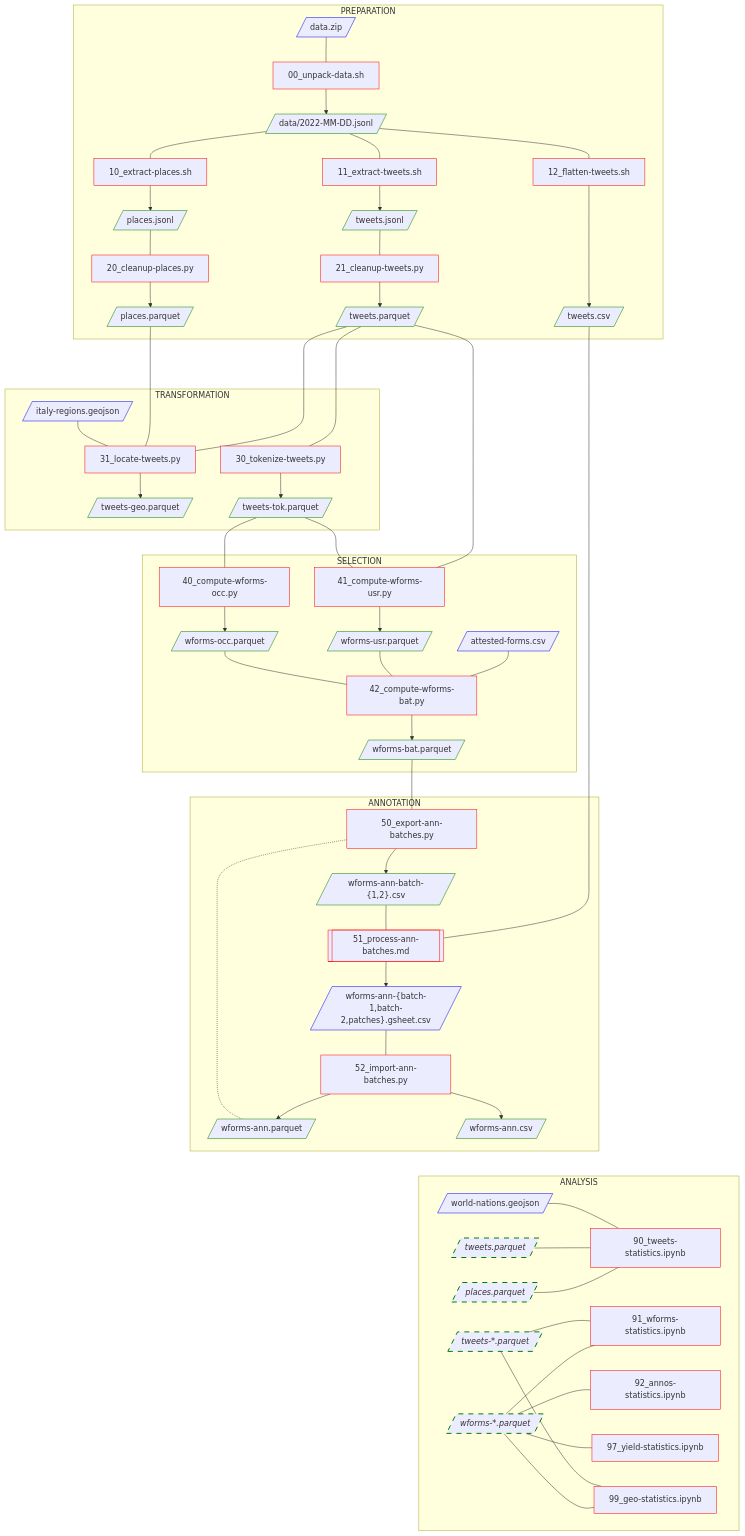
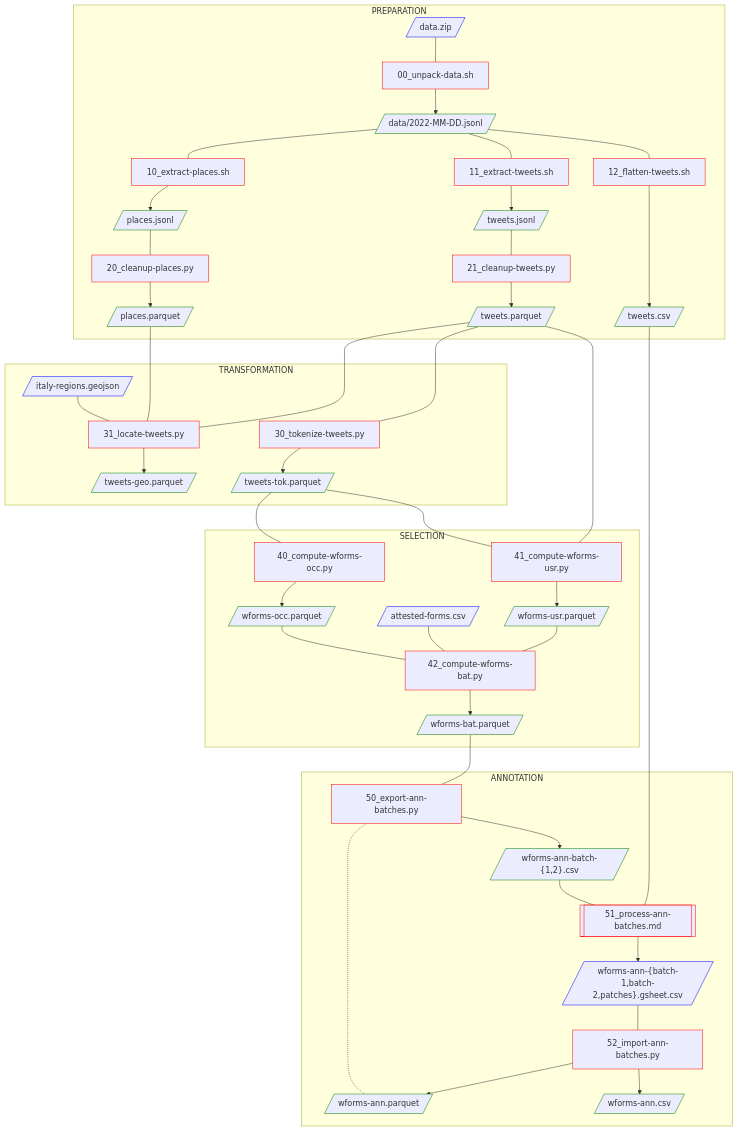
The first of 2 diagrams in README.md (breviloquia-italica/pipeline), drawn with Mermaid before and after one commit.

Commit message:
Slight flowchart cleanup

````diff
--- a/README.md
+++ b/README.md
@@ -41,7 +41,7 @@
 tweets-geo.parquet[/tweets-geo.parquet/]:::data;
 
 _02[/italy-regions.geojson/]:::extdata --- 31;
-places.parquet ----- 31;
+places.parquet --- 31;
 tweets.parquet --- 31;
 31 --> tweets-geo.parquet;
 
@@ -98,39 +98,11 @@
 
 end
 
-subgraph P5 [ANALYSIS]
-direction LR;
-90[90_tweets-statistics.ipynb]:::code;
-91[91_wforms-statistics.ipynb]:::code;
-92[92_annos-statistics.ipynb]:::code;
-97[97_yield-statistics.ipynb]:::code;
-99[99_geo-statistics.ipynb]:::code;
-
-places.parquet.ref[/places.parquet/]:::dataref;
-tweets.parquet.ref[/tweets.parquet/]:::dataref;
-tweets-*.parquet[/tweets-*.parquet/]:::dataref;
-wforms-*.parquet[/wforms-*.parquet/]:::dataref;
-
-_01[/world-nations.geojson/]:::extdata --- 90;
-tweets.parquet.ref --- 90;
-places.parquet.ref --- 90;
-
-tweets-*.parquet --- 91;
-wforms-*.parquet --- 91;
-
-wforms-*.parquet --- 92;
-wforms-*.parquet --- 97;
-
-tweets-*.parquet --- 99;
-wforms-*.parquet --- 99;
-end
-
-P4 ~~~~~~~~ P5;
-
-P1 ~~~~~~~~ P2;
+P1 ~~~~~~~ P2;
+P2 ~~~~ P3;
+P3 ~~~~~~ P4;
 
 classDef code stroke:red;
 classDef data stroke:green;
 classDef extdata stroke:blue;
-classDef dataref stroke:green,stroke-width:2px,stroke-dasharray: 10 10,font-style:italic;
 ```
````
